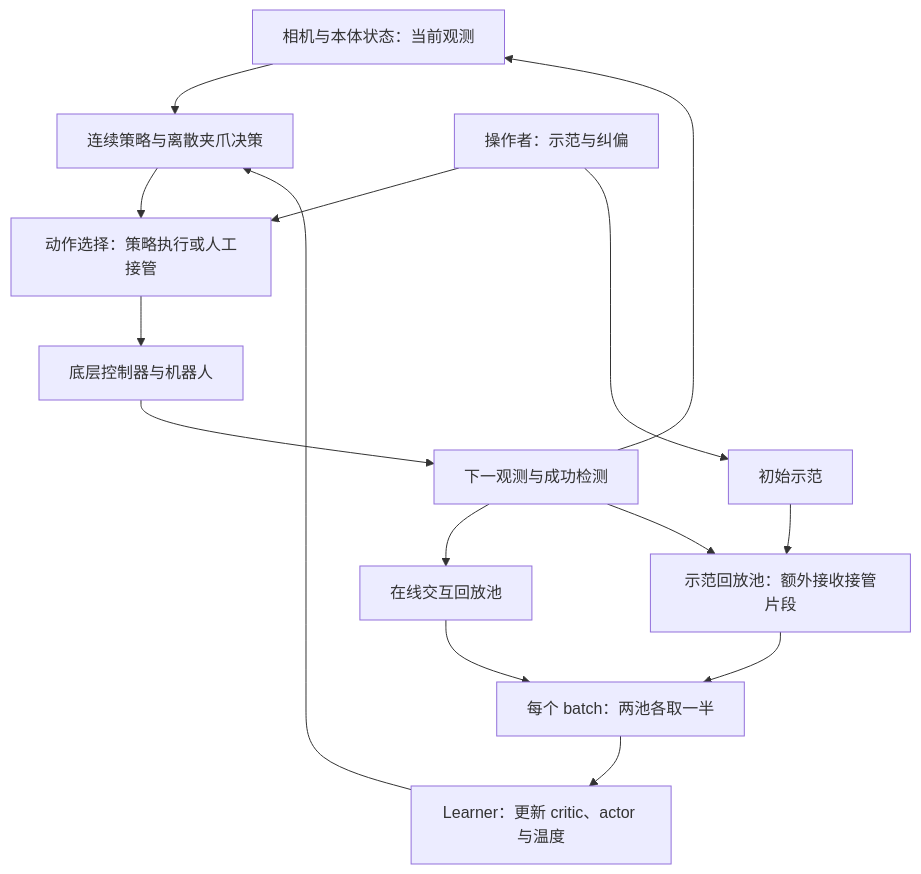
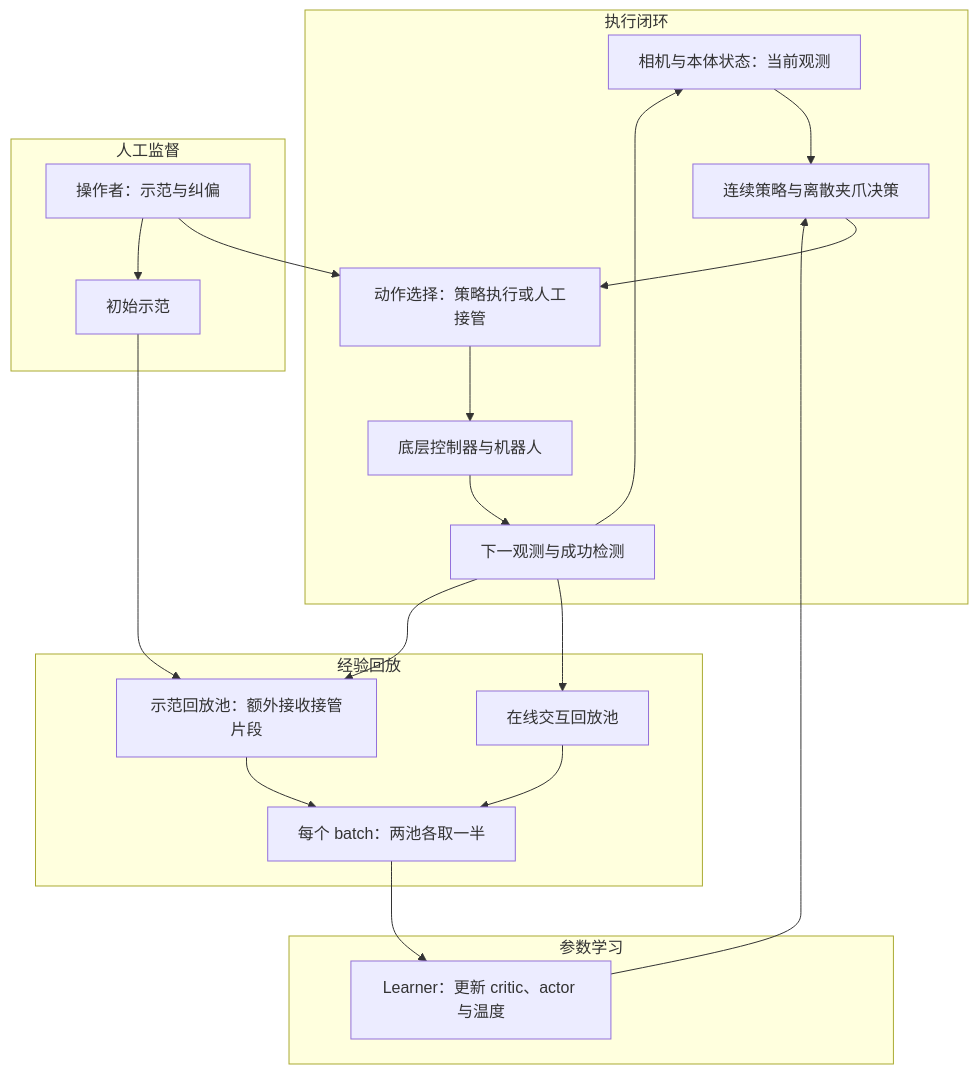
The first of 2 diagrams in _posts/2026-09-21-hilserl.md (codejie-hub/codejie-hub.github.io), drawn with Mermaid before and after one commit. The commit also changed other lines of this file and 180 other files, not shown here.

````diff
--- a/_posts/2026-09-21-hilserl.md
+++ b/_posts/2026-09-21-hilserl.md
@@ -113,17 +116,36 @@
 ```mermaid
 flowchart TD
-    O["相机与本体状态：当前观测"] --> P["连续策略与离散夹爪决策"]
-    P --> S["动作选择：策略执行或人工接管"]
-    H["操作者：示范与纠偏"] --> S
-    S --> C["底层控制器与机器人"]
-    C --> N["下一观测与成功检测"]
-    N --> R["在线交互回放池"]
-    N --> D["示范回放池：额外接收接管片段"]
-    H --> I["初始示范"]
+    subgraph execution["执行闭环"]
+      O["相机与本体状态：当前观测"]
+      P["连续策略与离散夹爪决策"]
+      S["动作选择：策略执行或人工接管"]
+      C["底层控制器与机器人"]
+      N["下一观测与成功检测"]
+    end
+    subgraph human["人工监督"]
+      H["操作者：示范与纠偏"]
+      I["初始示范"]
+    end
+    subgraph replay["经验回放"]
+      R["在线交互回放池"]
+      D["示范回放池：额外接收接管片段"]
+      B["每个 batch：两池各取一半"]
+    end
+    subgraph learning["参数学习"]
+      L["Learner：更新 critic、actor 与温度"]
+    end
+    O --> P
+    P --> S
+    H --> S
+    S --> C
+    C --> N
+    N --> R
+    N --> D
+    H --> I
     I --> D
-    R --> B["每个 batch：两池各取一半"]
+    R --> B
     D --> B
-    B --> L["Learner：更新 critic、actor 与温度"]
+    B --> L
     L --> P
     N --> O
 ```
````
